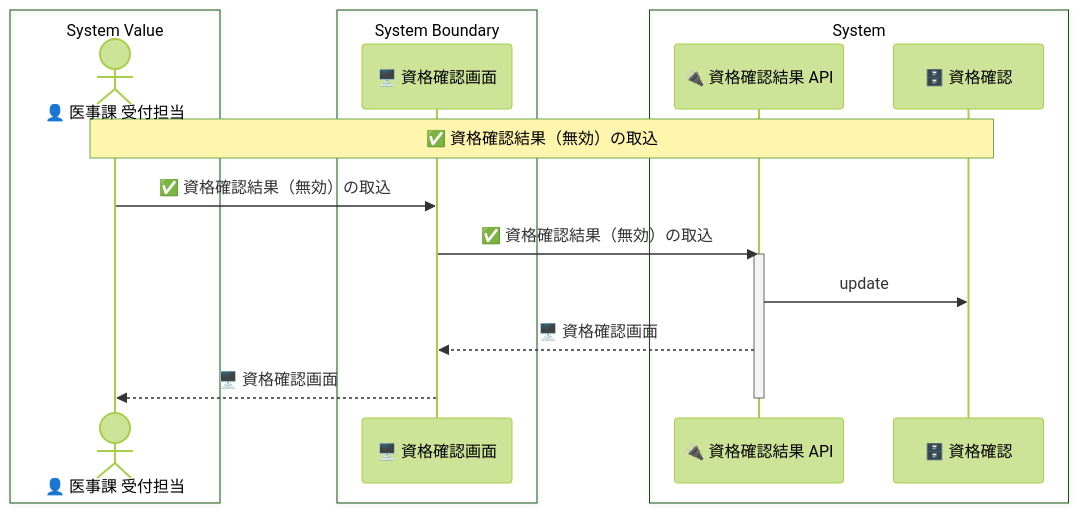
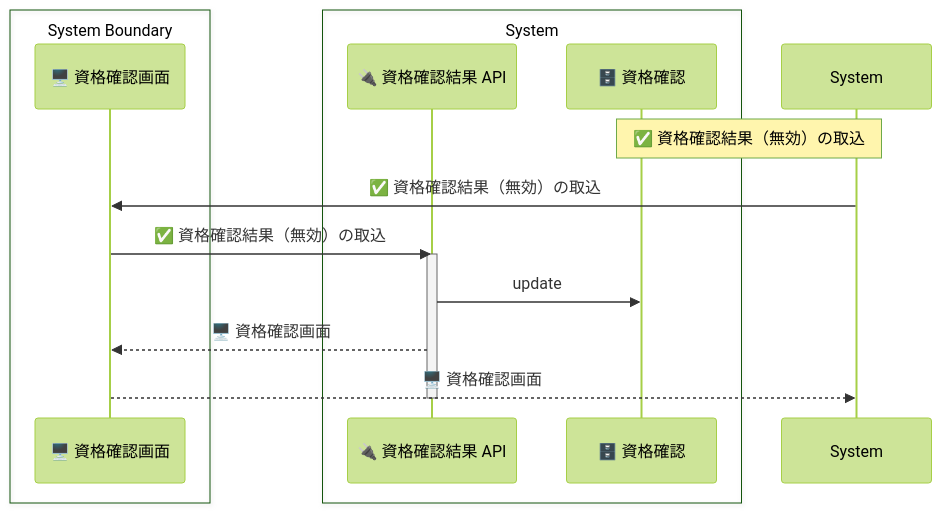
The diagram in samples/clinic-ops/out/uc/sequence_receive_eligibility_invalid.mmd (manji-0/rdra-ish-dsl), drawn with Mermaid (forest theme) before and after one commit. The commit also changed 19 other files, not shown here.

```diff
--- a/samples/clinic-ops/out/uc/sequence_receive_eligibility_invalid.mmd
+++ b/samples/clinic-ops/out/uc/sequence_receive_eligibility_invalid.mmd
@@ -1,20 +1,17 @@
 sequenceDiagram
-  box System Value
-    actor ReceptionClerk as 👤 医事課 受付担当
-  end
   box System Boundary
     participant EligibilityScreen as 🖥️ 資格確認画面
   end
   box System
     participant EligibilityResultApi as 🔌 資格確認結果 API
     participant EligibilityCheck as 🗄️ 資格確認
   end
 
-  Note over ReceptionClerk,EligibilityCheck: ✅ 資格確認結果（無効）の取込
-  ReceptionClerk->>EligibilityScreen: ✅ 資格確認結果（無効）の取込
+  Note over System,EligibilityCheck: ✅ 資格確認結果（無効）の取込
+  System->>EligibilityScreen: ✅ 資格確認結果（無効）の取込
   EligibilityScreen->>EligibilityResultApi: ✅ 資格確認結果（無効）の取込
   activate EligibilityResultApi
   EligibilityResultApi->>EligibilityCheck: update
   EligibilityResultApi-->>EligibilityScreen: 🖥️ 資格確認画面
-  EligibilityScreen-->>ReceptionClerk: 🖥️ 資格確認画面
+  EligibilityScreen-->>System: 🖥️ 資格確認画面
   deactivate EligibilityResultApi
```
